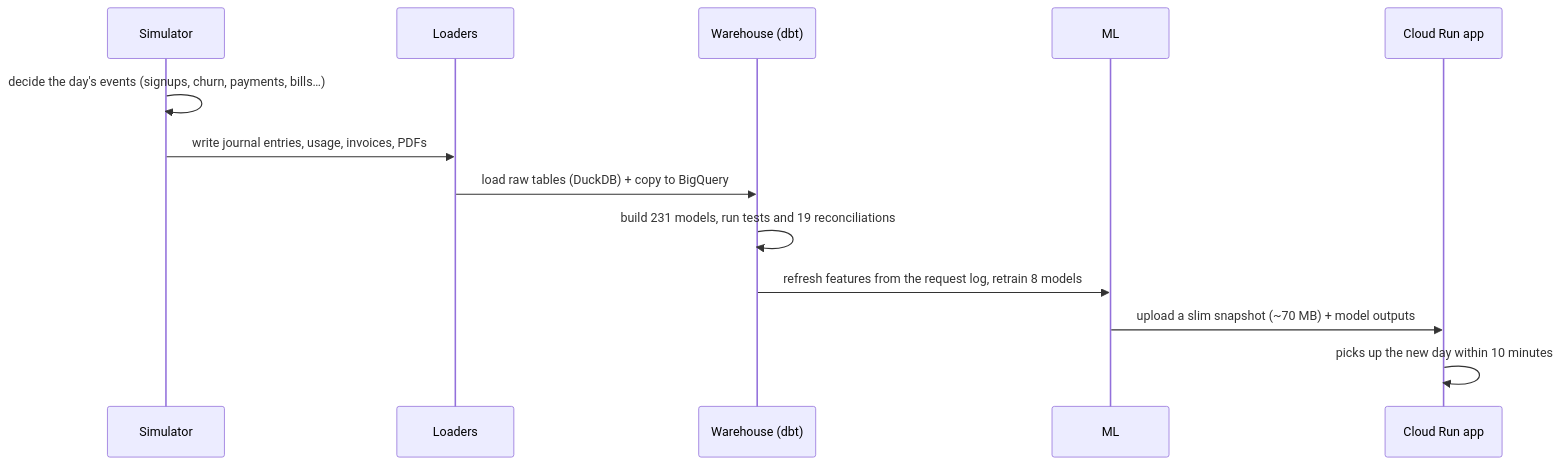
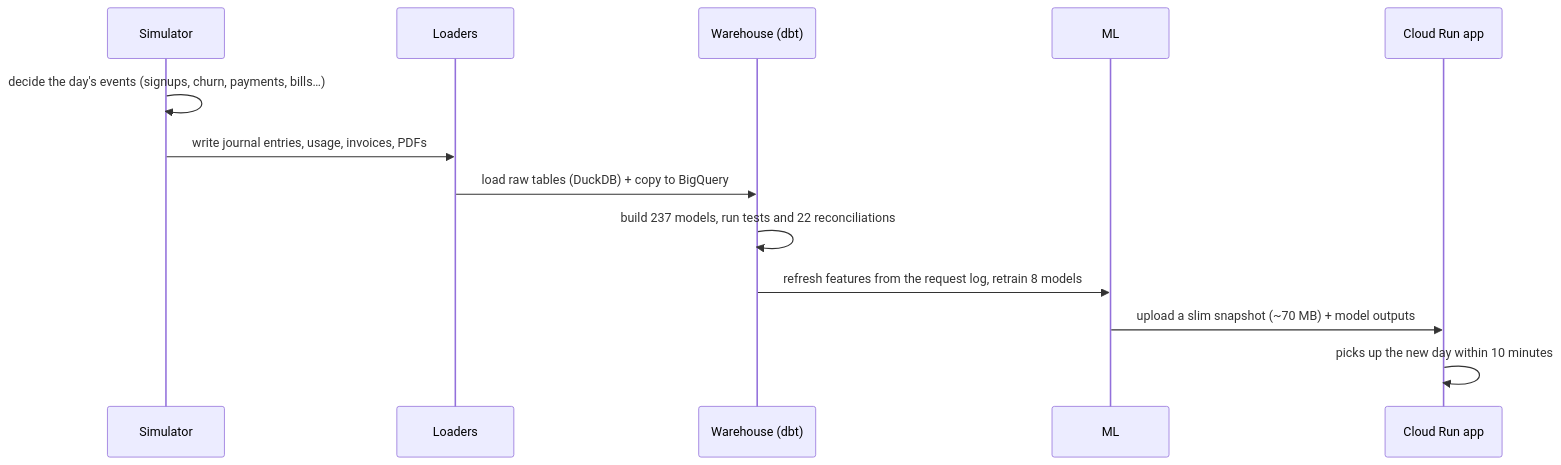
One commit to sivram04/finance-os changed the fourth of 5 diagrams in README.md. Above: the diagram before and after it, drawn with Mermaid. The commit also changed other lines of this file and 27 other files, not shown here.

````diff
--- a/README.md
+++ b/README.md
@@ -177,15 +177,15 @@
 ```mermaid
 sequenceDiagram
   participant S as Simulator
   participant L as Loaders
   participant W as Warehouse (dbt)
   participant M as ML
   participant C as Cloud Run app
   S->>S: decide the day's events (signups, churn, payments, bills…)
   S->>L: write journal entries, usage, invoices, PDFs
   L->>W: load raw tables (DuckDB) + copy to BigQuery
-  W->>W: build 231 models, run tests and 19 reconciliations
+  W->>W: build 237 models, run tests and 22 reconciliations
   W->>M: refresh features from the request log, retrain 8 models
   M->>C: upload a slim snapshot (~70 MB) + model outputs
   C->>C: picks up the new day within 10 minutes
 ```
````
